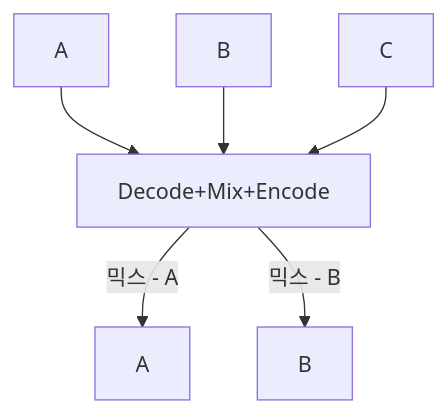
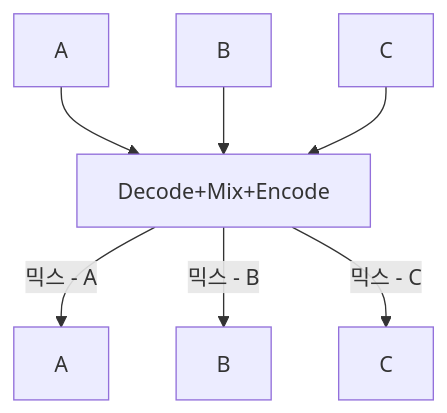
The third of 6 diagrams in network/part14_voice.md (Rein-ArXiv/game-dev-curriculum), drawn with Mermaid before and after one commit. The commit also changed other lines of this file and 279 other files, not shown here.

````diff
--- a/network/part14_voice.md
+++ b/network/part14_voice.md
@@ -81,8 +81,9 @@
 ```mermaid
 flowchart TB
     A[A] --> M[Decode+Mix+Encode]
     B[B] --> M
     C[C] --> M
     M -->|믹스 - A| A2[A]
     M -->|믹스 - B| B2[B]
+    M -->|믹스 - C| C2[C]
 ```
````
